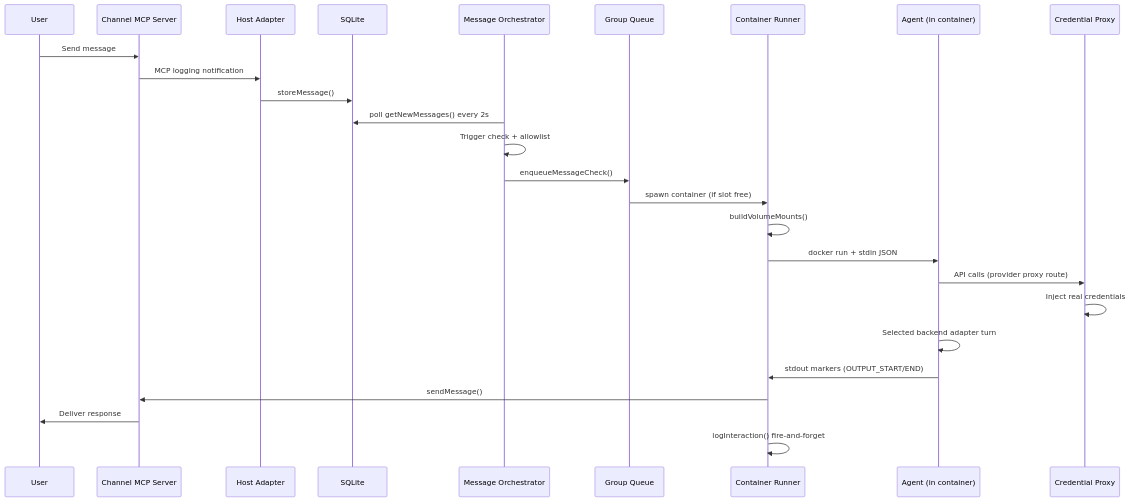
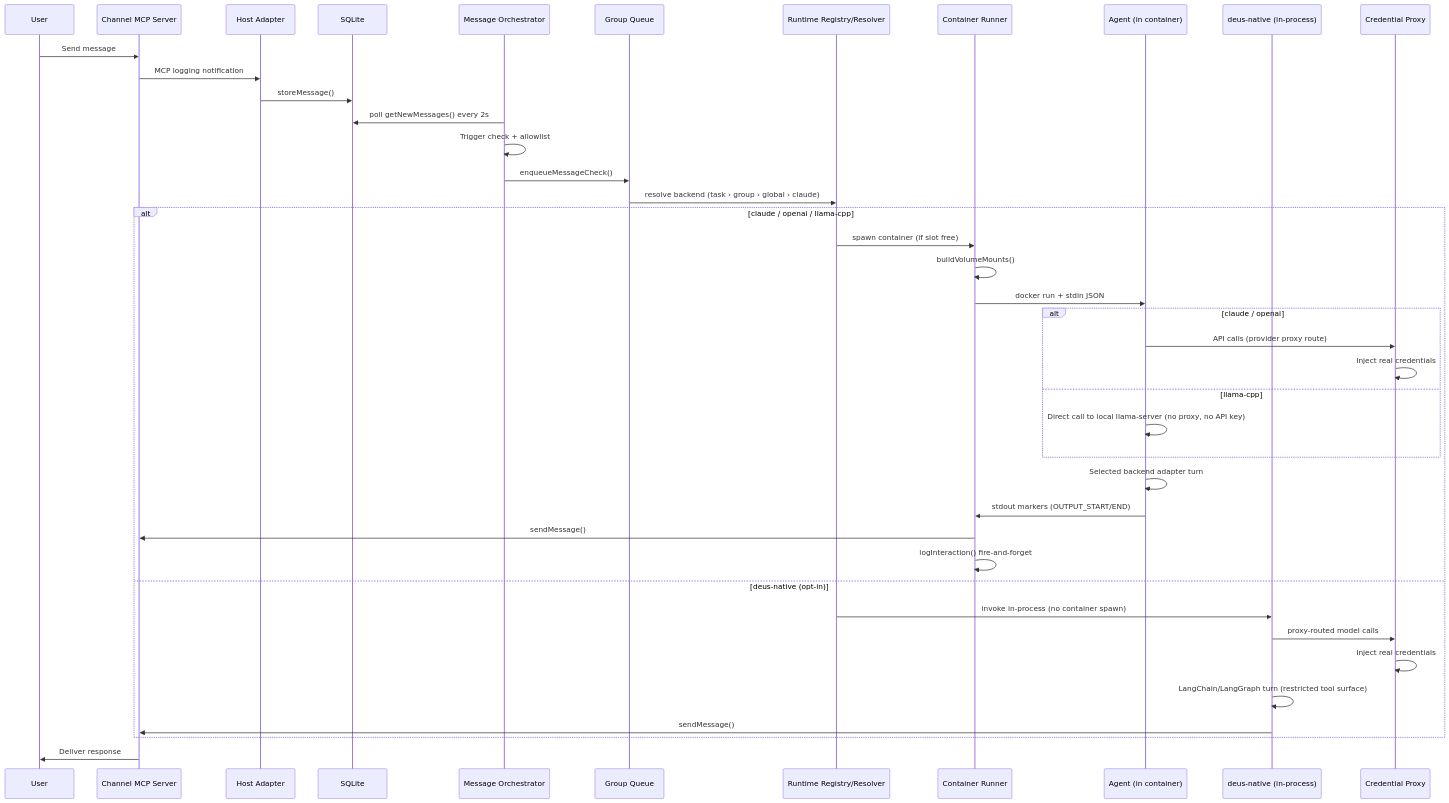
One commit to sliamh11/deus-v2 changed the second of 8 diagrams in docs/ARCHITECTURE.md. Above: the diagram before and after it, drawn with Mermaid. The commit also changed other lines of this file and 12 other files, not shown here.

First line of the commit message:
docs(v2): publish V2 architecture and migration guide

````diff
--- a/docs/ARCHITECTURE.md
+++ b/docs/ARCHITECTURE.md
@@ -91,29 +97,44 @@
 ```mermaid
 sequenceDiagram
     participant U as User
     participant CH as Channel MCP Server
     participant HA as Host Adapter
     participant DB as SQLite
     participant MO as Message Orchestrator
     participant GQ as Group Queue
+    participant REG as Runtime Registry/Resolver
     participant CR as Container Runner
     participant AG as Agent (in container)
+    participant DN as deus-native (in-process)
     participant CP as Credential Proxy
 
     U->>CH: Send message
     CH->>HA: MCP logging notification
     HA->>DB: storeMessage()
     MO->>DB: poll getNewMessages() every 2s
     MO->>MO: Trigger check + allowlist
     MO->>GQ: enqueueMessageCheck()
-    GQ->>CR: spawn container (if slot free)
-    CR->>CR: buildVolumeMounts()
-    CR->>AG: docker run + stdin JSON
-    AG->>CP: API calls (provider proxy route)
-    CP->>CP: Inject real credentials
-    AG->>AG: Selected backend adapter turn
-    AG->>CR: stdout markers (OUTPUT_START/END)
-    CR->>CH: sendMessage()
+    GQ->>REG: resolve backend (task › group › global › claude)
+    alt claude / openai / llama-cpp
+        REG->>CR: spawn container (if slot free)
+        CR->>CR: buildVolumeMounts()
+        CR->>AG: docker run + stdin JSON
+        alt claude / openai
+            AG->>CP: API calls (provider proxy route)
+            CP->>CP: Inject real credentials
+        else llama-cpp
+            AG->>AG: Direct call to local llama-server (no proxy, no API key)
+        end
+        AG->>AG: Selected backend adapter turn
+        AG->>CR: stdout markers (OUTPUT_START/END)
+        CR->>CH: sendMessage()
+        CR->>CR: logInteraction() fire-and-forget
+    else deus-native (opt-in)
+        REG->>DN: invoke in-process (no container spawn)
+        DN->>CP: proxy-routed model calls
+        CP->>CP: Inject real credentials
+        DN->>DN: LangChain/LangGraph turn (restricted tool surface)
+        DN->>CH: sendMessage()
+    end
     CH->>U: Deliver response
-    CR->>CR: logInteraction() fire-and-forget
 ```
````
